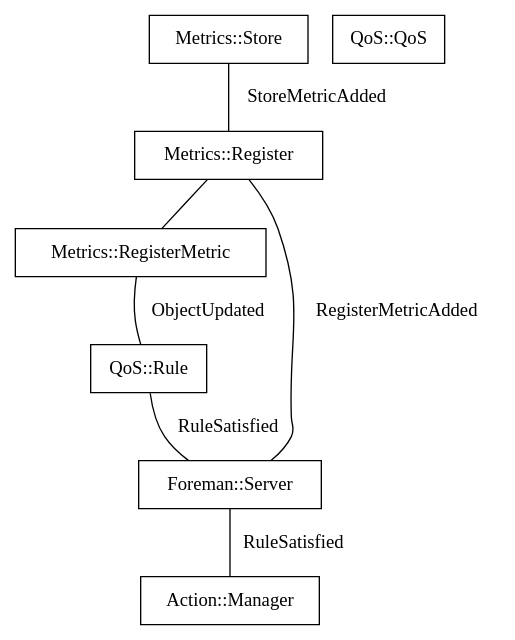
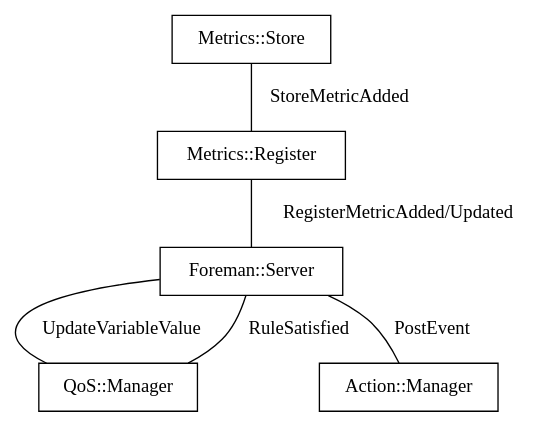
The diagram in img/inside_listeners.dot (cybergarage/foreman-doc), drawn with Graphviz before and after one commit. The commit also changed 1 other file, not shown here.

```diff
--- a/img/inside_listeners.dot
+++ b/img/inside_listeners.dot
@@ -1,49 +1,37 @@
 graph G {
     ms [
         shape = box,
         label="Metrics::Store"
     ];
     
     mr [
         shape = box,
         label="Metrics::Register"
     ];
     
-    mrm [
+
+    server [
         shape = box,
-        label="Metrics::RegisterMetric"
+        label="Foreman::Server"
     ];
 
     qos [
         shape = box,
-        label="QoS::QoS"
-    ];
-
-    rule [
-        shape = box,
-        label="QoS::Rule"
-    ];
-
-    server [
-        shape = box,
-        label="Foreman::Server"
+        label="QoS::Manager"
     ];
 
     action [
         shape = box,
         label="Action::Manager"
     ];
 
     ms -- mr [label = "StoreMetricAdded"];
 
-    mr -- mrm;
+    mr -- server [label = "RegisterMetricAdded/Updated"];
 
-    mr -- server [label = "RegisterMetricAdded"];
 
-    mrm -- rule [label = "ObjectUpdated"];
-
-    rule -- server [label = "RuleSatisfied"];
-
-    server -- action [label = "RuleSatisfied"];
+    server -- qos [label = "UpdateVariableValue"];
+    qos -- server [label = "RuleSatisfied"];
+    server -- action [label = "PostEvent"];
     
 }
```
